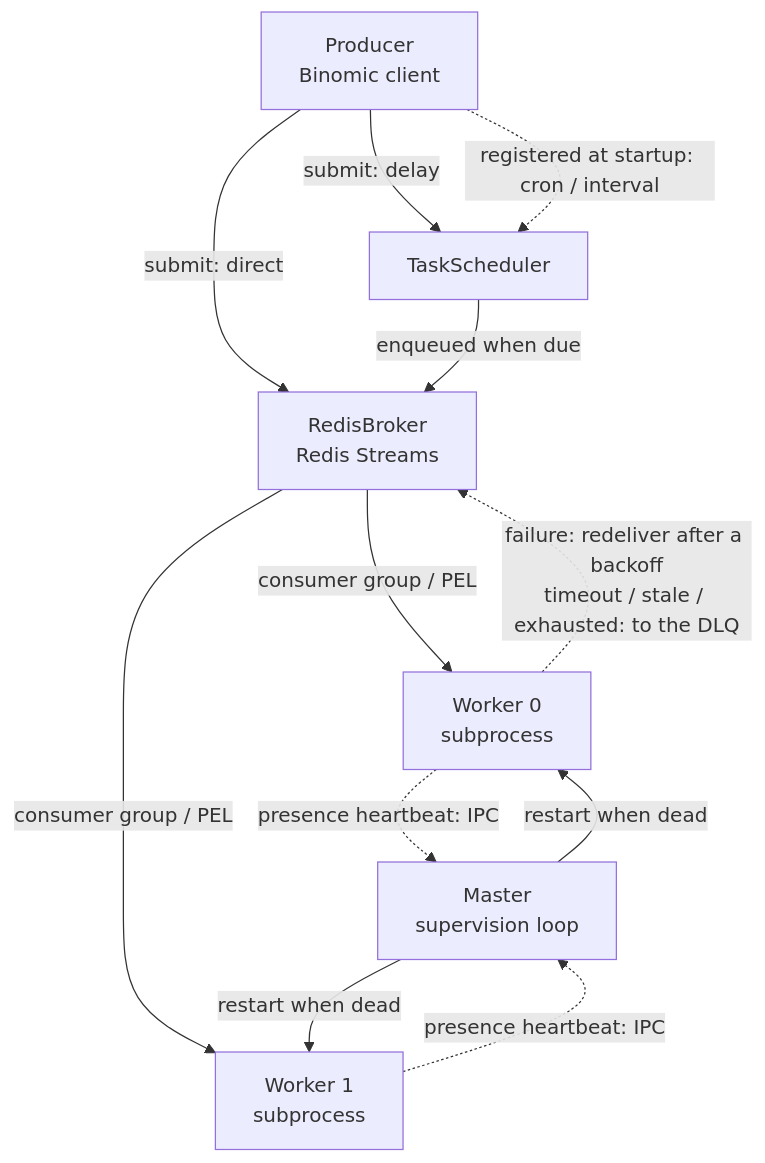
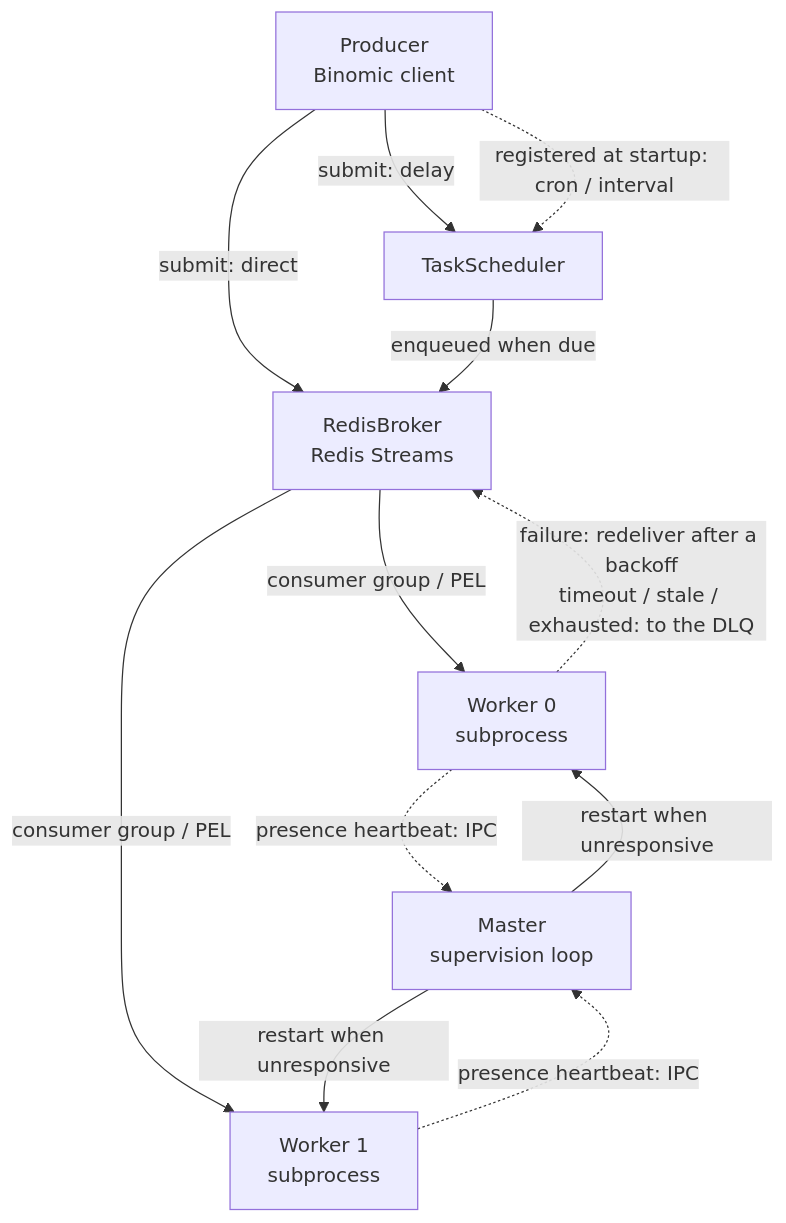
The diagram in README_en.md (Ahsen17/binomic), drawn with Mermaid before and after one commit. The commit also changed other lines of this file and 10 other files, not shown here.

````diff
--- a/README_en.md
+++ b/README_en.md
@@ -164,14 +164,14 @@
 ```mermaid
 flowchart TD
     P[Producer<br>Binomic client] -->|submit: direct| B[RedisBroker<br>Redis Streams]
     P -->|submit: delay| S[TaskScheduler]
     P -.->|registered at startup: cron / interval| S
     S -->|enqueued when due| B
     B -->|consumer group / PEL| W1[Worker 0<br>subprocess]
     B -->|consumer group / PEL| W2[Worker 1<br>subprocess]
     W1 -.->|failure: redeliver after a backoff<br>timeout / stale / exhausted: to the DLQ| B
-    M[Master<br>supervision loop] -->|restart when dead| W1
-    M -->|restart when dead| W2
+    M[Master<br>supervision loop] -->|restart when unresponsive| W1
+    M -->|restart when unresponsive| W2
     W1 -.->|presence heartbeat: IPC| M
     W2 -.->|presence heartbeat: IPC| M
 ```
````
